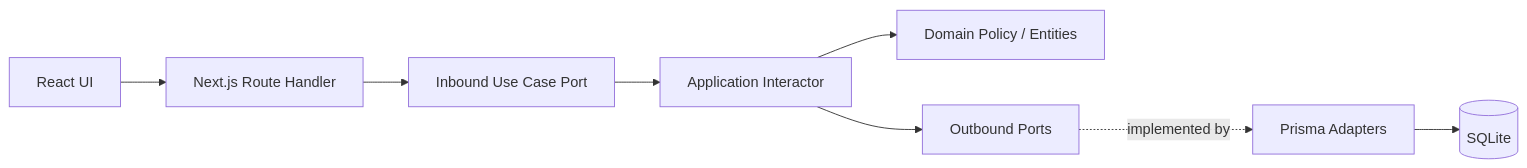
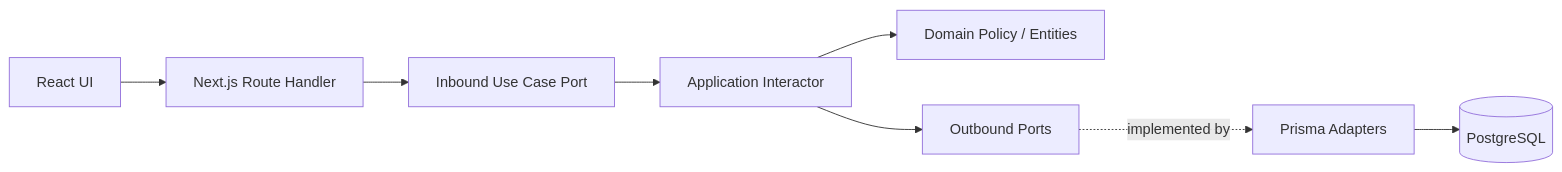
Before and after one commit to Manjeet2684/Yugora: the diagram in docs/architecture/ports-and-adapters.md, drawn with Mermaid. The commit also changed other lines of this file, not shown here.

Commit message:
docs: update architecture adapter diagram to PostgreSQL

````diff
--- a/docs/architecture/ports-and-adapters.md
+++ b/docs/architecture/ports-and-adapters.md
@@ -7,10 +7,10 @@
 ```mermaid
 flowchart LR
   UI[React UI] --> HTTP[Next.js Route Handler]
   HTTP --> UC[Inbound Use Case Port]
   UC --> APP[Application Interactor]
   APP --> DOMAIN[Domain Policy / Entities]
   APP --> OUT[Outbound Ports]
   OUT -.implemented by.-> ADAPTER[Prisma Adapters]
-  ADAPTER --> DB[(SQLite)]
+  ADAPTER --> DB[(PostgreSQL)]
 ```
````
